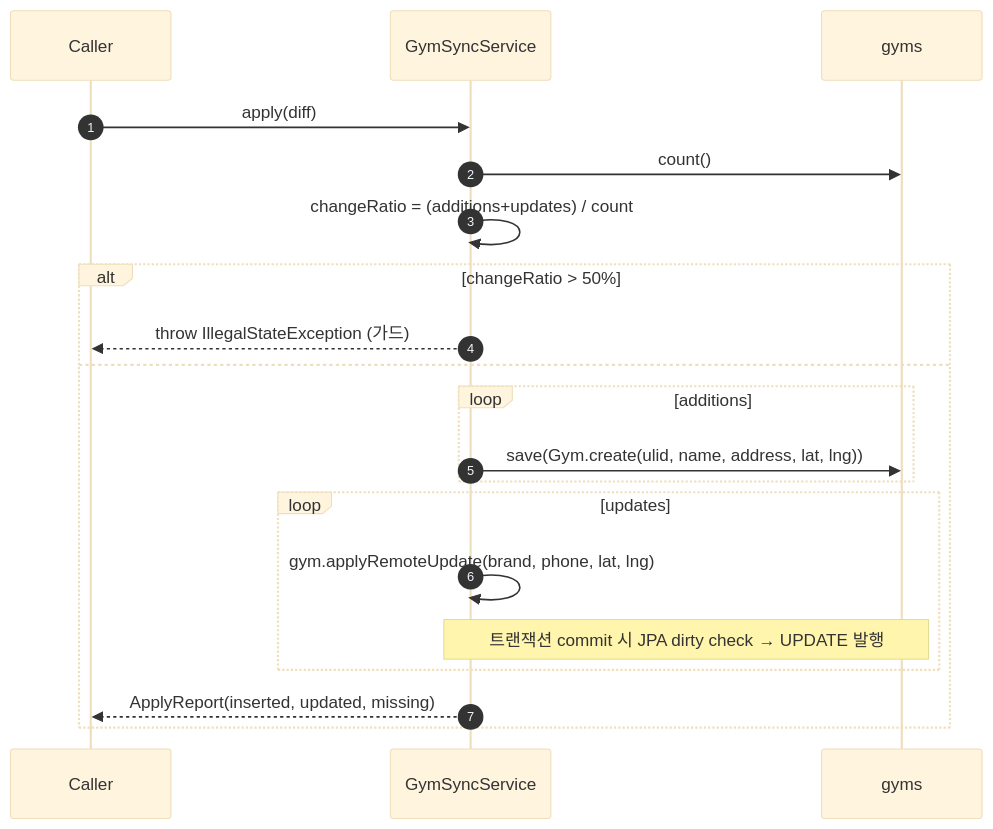
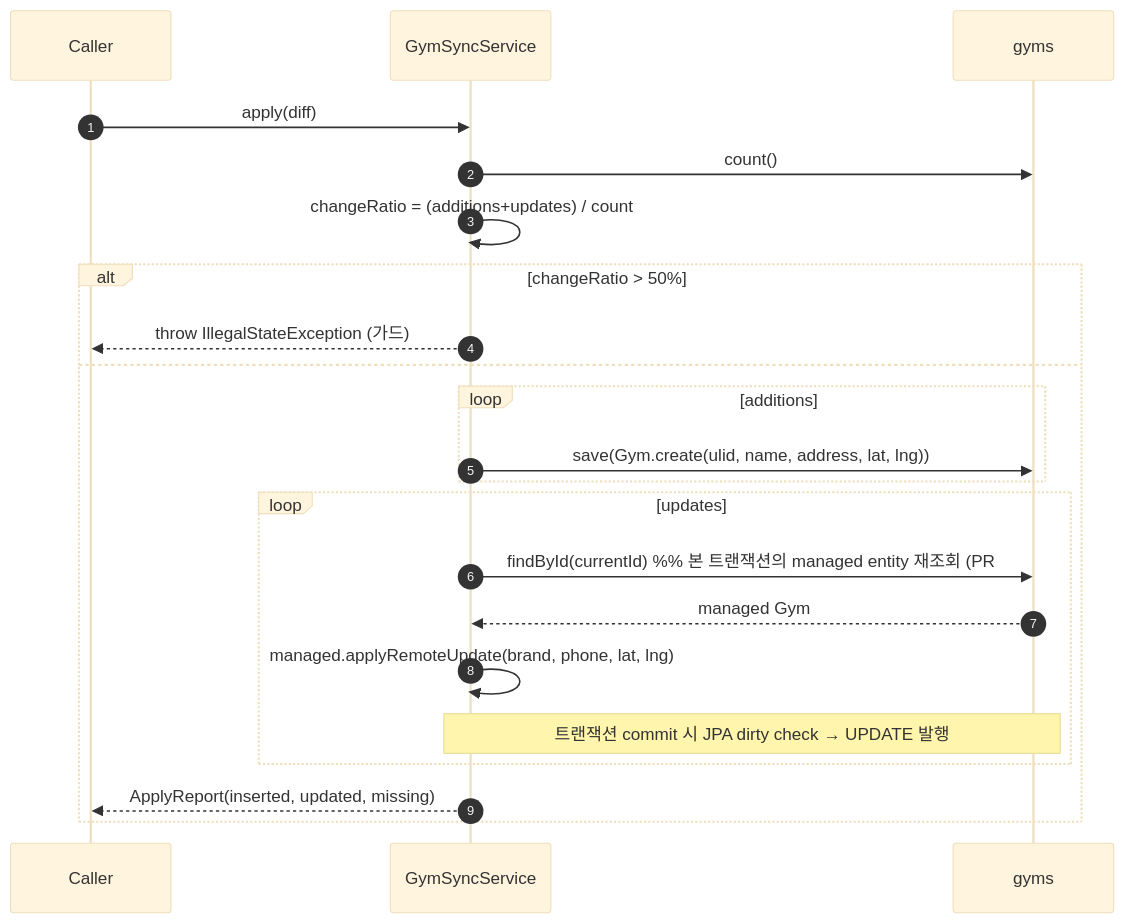
One commit to theo-ooooo/crimp changed the second of 2 diagrams in docs/설계/sequence/gym-crawl-batch.md. Above: the diagram before and after it, drawn with Mermaid (base theme). The commit also changed other lines of this file and 5 other files, not shown here.

````diff
--- a/docs/설계/sequence/gym-crawl-batch.md
+++ b/docs/설계/sequence/gym-crawl-batch.md
@@ -66,23 +66,25 @@
 ```mermaid
 sequenceDiagram
     autonumber
     participant Caller
     participant Service as GymSyncService
     participant DB as gyms
 
     Caller->>Service: apply(diff)
     Service->>DB: count()
     Service->>Service: changeRatio = (additions+updates) / count
     alt changeRatio > 50%
         Service-->>Caller: throw IllegalStateException (가드)
     else
         loop additions
             Service->>DB: save(Gym.create(ulid, name, address, lat, lng))
         end
         loop updates
-            Service->>Service: gym.applyRemoteUpdate(brand, phone, lat, lng)
+            Service->>DB: findById(currentId)  %% 본 트랜잭션의 managed entity 재조회 (PR #85 B1)
+            DB-->>Service: managed Gym
+            Service->>Service: managed.applyRemoteUpdate(brand, phone, lat, lng)
             Note over Service,DB: 트랜잭션 commit 시 JPA dirty check → UPDATE 발행
         end
         Service-->>Caller: ApplyReport(inserted, updated, missing)
     end
 ```
````
